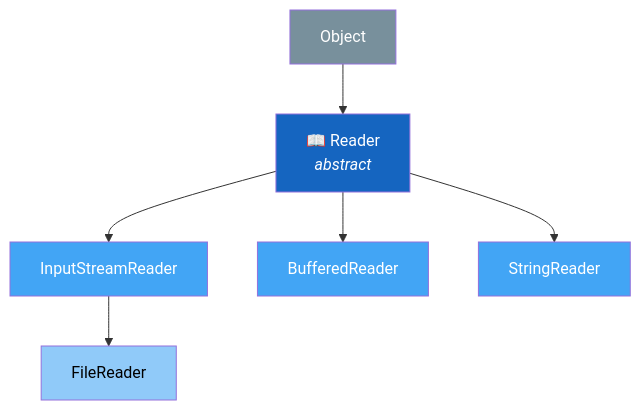
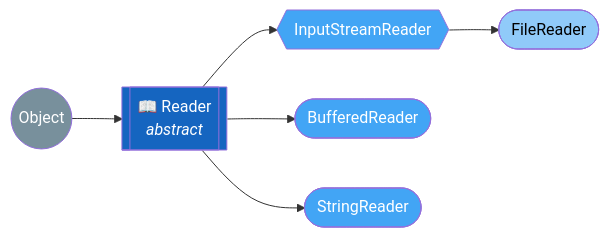
One commit to saivamsikaruturi/vamsilabs-dev-notes-main changed the second of 5 diagrams in docs/java/FileHandling.md. Above: the diagram before and after it, drawn with Mermaid. The commit also changed other lines of this file and 146 other files, not shown here.

Commit message:
Horizontal diagrams, UML class diagrams, typography overhaul, and permalink cleanup

````diff
--- a/docs/java/FileHandling.md
+++ b/docs/java/FileHandling.md
@@ -388,15 +388,15 @@
 ```mermaid
-graph TD
-    O1["Object"] --> Reader["📖 Reader<br/><i>abstract</i>"]
-    Reader --> ISR["InputStreamReader"]
-    ISR --> FR["FileReader"]
-    Reader --> BR["BufferedReader"]
-    Reader --> SR["StringReader"]
+flowchart LR
+    O1(("Object")) --> Reader[["📖 Reader<br/><i>abstract</i>"]]
+    Reader --> ISR{{"InputStreamReader"}}
+    ISR --> FR(["FileReader"])
+    Reader --> BR(["BufferedReader"])
+    Reader --> SR(["StringReader"])
 
     style O1 fill:#78909C,color:#fff
     style Reader fill:#1565C0,color:#fff
     style ISR fill:#42A5F5,color:#fff
     style FR fill:#90CAF9,color:#000
     style BR fill:#42A5F5,color:#fff
     style SR fill:#42A5F5,color:#fff
 ```
````
